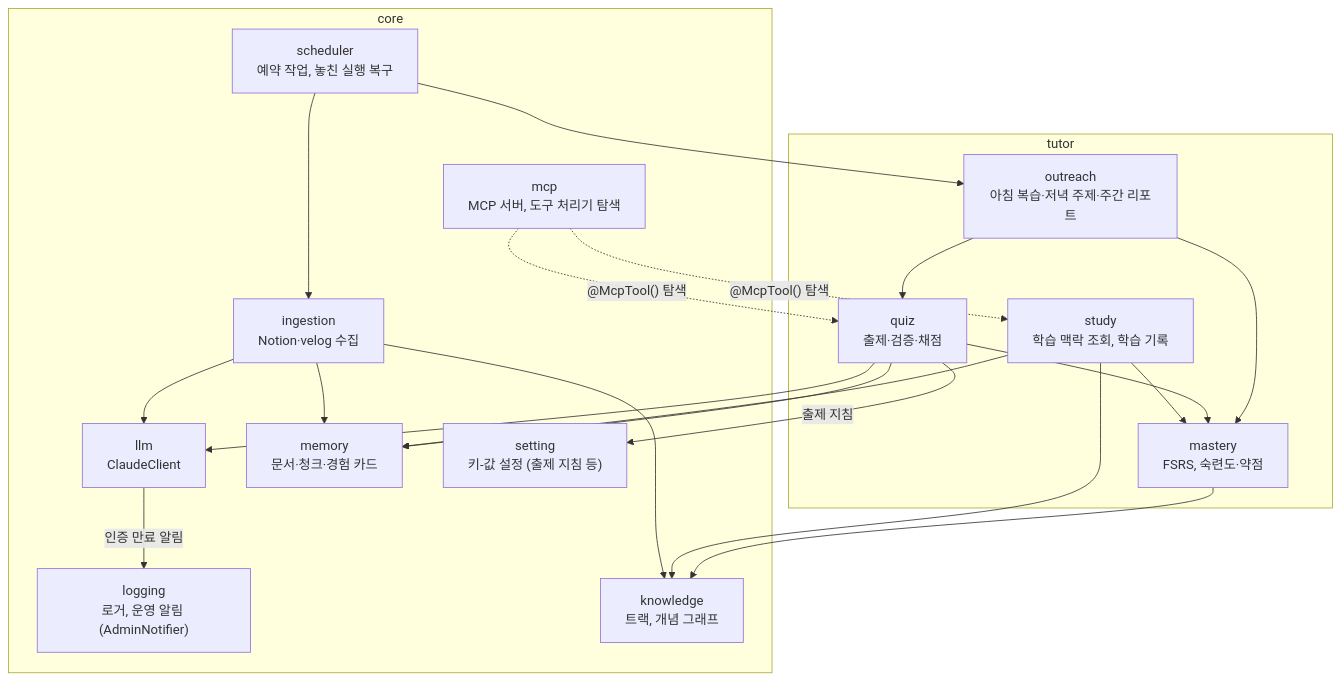
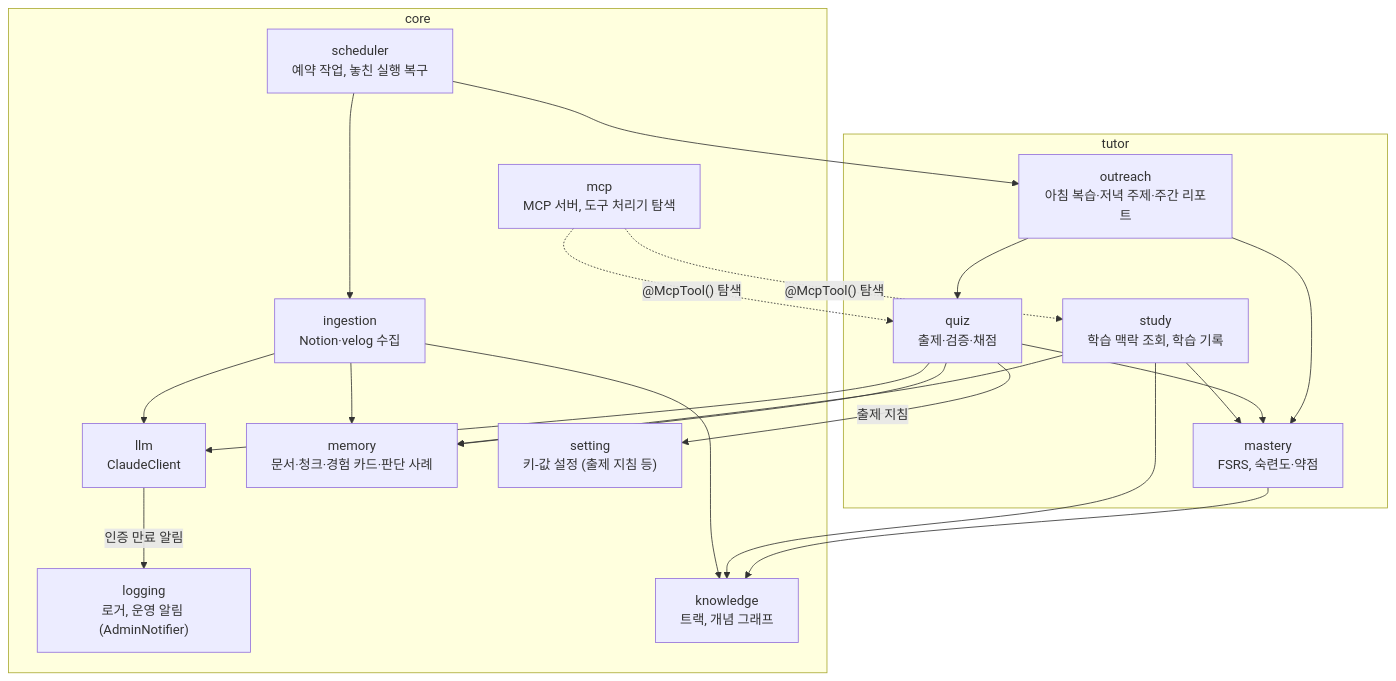
One commit to Wonchang0314/growth-assistant changed the diagram in docs/architecture/c4-3-component.md. Above: the diagram before and after it, drawn with Mermaid. The commit also changed 7 other files, not shown here.

````diff
--- a/docs/architecture/c4-3-component.md
+++ b/docs/architecture/c4-3-component.md
@@ -5,43 +5,43 @@
 ```mermaid
 flowchart TB
     subgraph core
         mcp["mcp<br/>MCP 서버, 도구 처리기 탐색"]
         llm["llm<br/>ClaudeClient"]
         logging["logging<br/>로거, 운영 알림 (AdminNotifier)"]
-        memory["memory<br/>문서·청크·경험 카드"]
+        memory["memory<br/>문서·청크·경험 카드·판단 사례"]
         knowledge["knowledge<br/>트랙, 개념 그래프"]
         ingestion["ingestion<br/>Notion·velog 수집"]
         scheduler["scheduler<br/>예약 작업, 놓친 실행 복구"]
         setting["setting<br/>키-값 설정 (출제 지침 등)"]
     end
 
     subgraph tutor
         study["study<br/>학습 맥락 조회, 학습 기록"]
         quiz["quiz<br/>출제·검증·채점"]
         mastery["mastery<br/>FSRS, 숙련도·약점"]
         outreach["outreach<br/>아침 복습·저녁 주제·주간 리포트"]
     end
 
     mcp -.->|"@McpTool() 탐색"| study
     mcp -.->|"@McpTool() 탐색"| quiz
     scheduler --> outreach
     scheduler --> ingestion
     llm -->|"인증 만료 알림"| logging
     quiz -->|"출제 지침"| setting
 
     ingestion --> llm
     ingestion --> memory
     ingestion --> knowledge
 
     study --> memory
     study --> knowledge
     study --> mastery
 
     quiz --> llm
     quiz --> mastery
     quiz --> memory
 
     mastery --> knowledge
     outreach --> quiz
     outreach --> mastery
 ```
````
